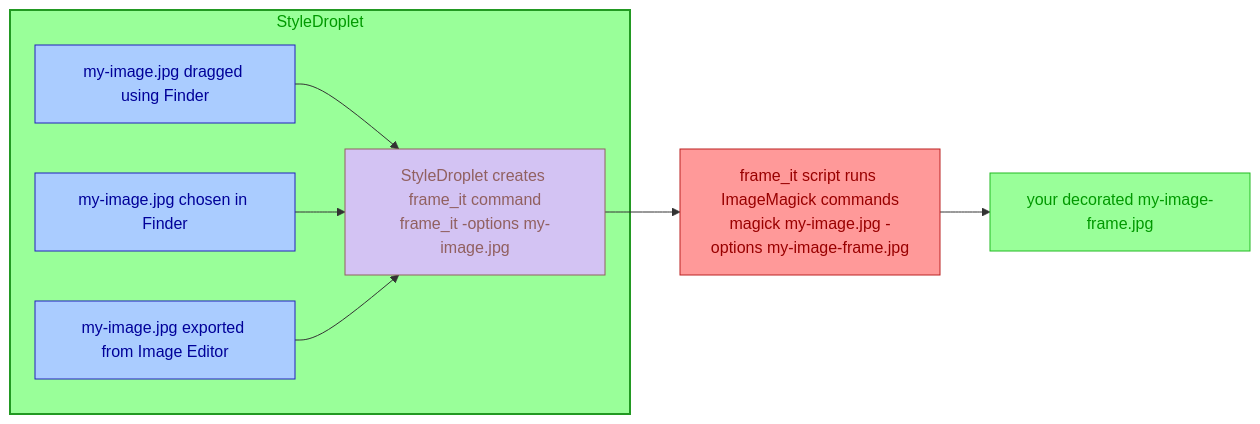
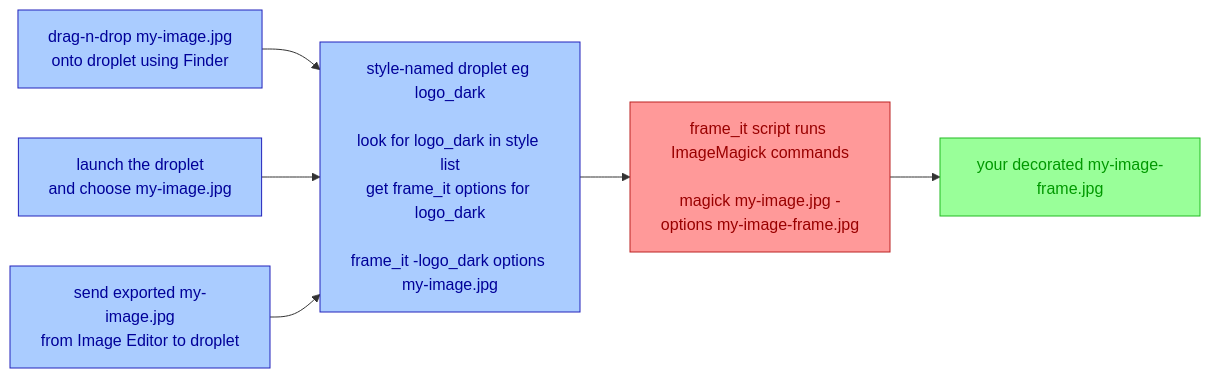
The diagram in README.md (walterrowe/magick-frames), drawn with Mermaid before and after one commit. The commit also changed other lines of this file, not shown here.

````diff
--- a/README.md
+++ b/README.md
@@ -41,26 +43,23 @@
 ```mermaid
 graph LR
 
 classDef RED fill:#f99,color:#900,stroke:#b22;
 classDef GRN fill:#9f9,color:#090,stroke:#2b2;
 classDef BLU fill:#acf,color:#009,stroke:#22b;
 classDef LAV fill:#d3c3f3,color:#916060,stroke:#916060;
 
-style StyleDroplet fill:#9f9,color:#090,stroke:#292,stroke-width:1.5pt;
+dropped[drag-n-drop my-image.jpg<br>onto droplet using Finder]:::BLU
+selected[launch the droplet<br>and choose my-image.jpg]:::BLU
+exported[send exported my-image.jpg<br>from Image Editor to droplet]:::BLU
 
-subgraph StyleDroplet[StyleDroplet]
-    dropped[my-image.jpg dragged using Finder]:::BLU
-    selected[my-image.jpg chosen in Finder]:::BLU
-    exported[my-image.jpg exported from Image Editor]:::BLU
-    droplets[StyleDroplet creates frame_it command<br>frame_it -options my-image.jpg]:::LAV
-end
+droplets[style-named droplet eg logo_dark<br><br>look for logo_dark in style list<br>get frame_it options for logo_dark<br><br>frame_it -logo_dark options my-image.jpg]:::BLU
 
-frameit[frame_it script runs ImageMagick commands<br>magick my-image.jpg -options my-image-frame.jpg]:::RED
+frameit[frame_it script runs ImageMagick commands<br><br>magick my-image.jpg -options my-image-frame.jpg]:::RED
 output[your decorated my-image-frame.jpg]:::GRN
 
 dropped --> droplets
 selected --> droplets
 exported --> droplets
 
 droplets --> frameit --> output
 ```
````
